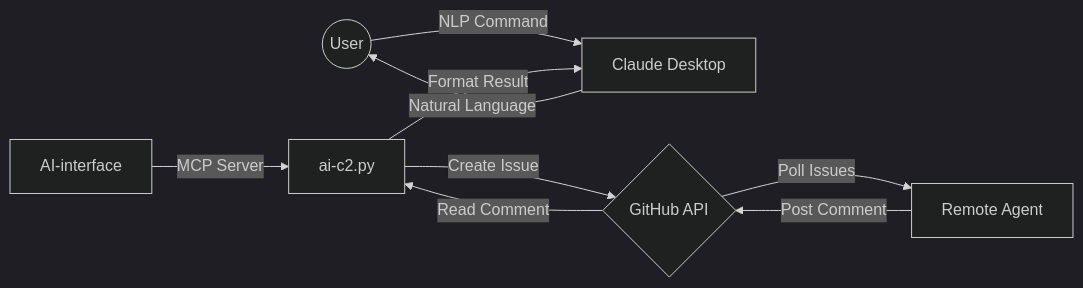
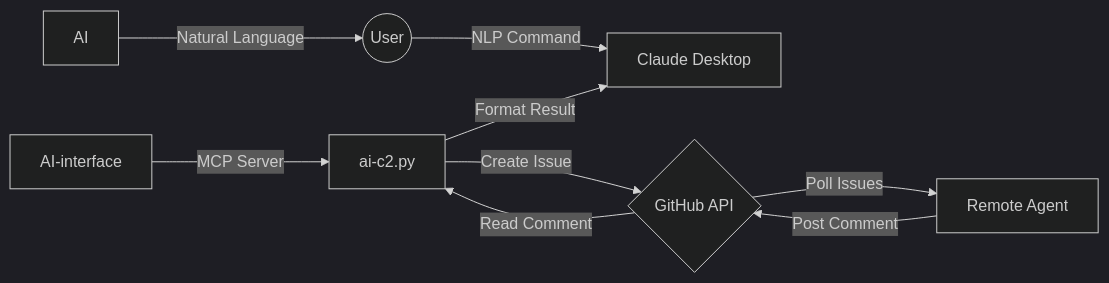
One commit to Lynk4/neural-C2 changed the diagram in README.md. Above: the diagram before and after it, drawn with Mermaid (dark theme). The commit also changed other lines of this file, not shown here.

````diff
--- a/README.md
+++ b/README.md
@@ -12,11 +12,11 @@
 ```mermaid
 graph LR
     User((User)) -- "NLP Command" --> Claude[Claude Desktop]
     AI-interface -- "MCP Server" --> MCP[ai-c2.py]
     MCP -- "Create Issue" --> GitHub{GitHub API}
     GitHub -- "Poll Issues" --> Agent[Remote Agent]
     Agent -- "Post Comment" --> GitHub
     GitHub -- "Read Comment" --> MCP
     MCP -- "Format Result" --> Claude
-    Claude -- "Natural Language" --> User
+    AI -- "Natural Language" --> User
 ```
````
